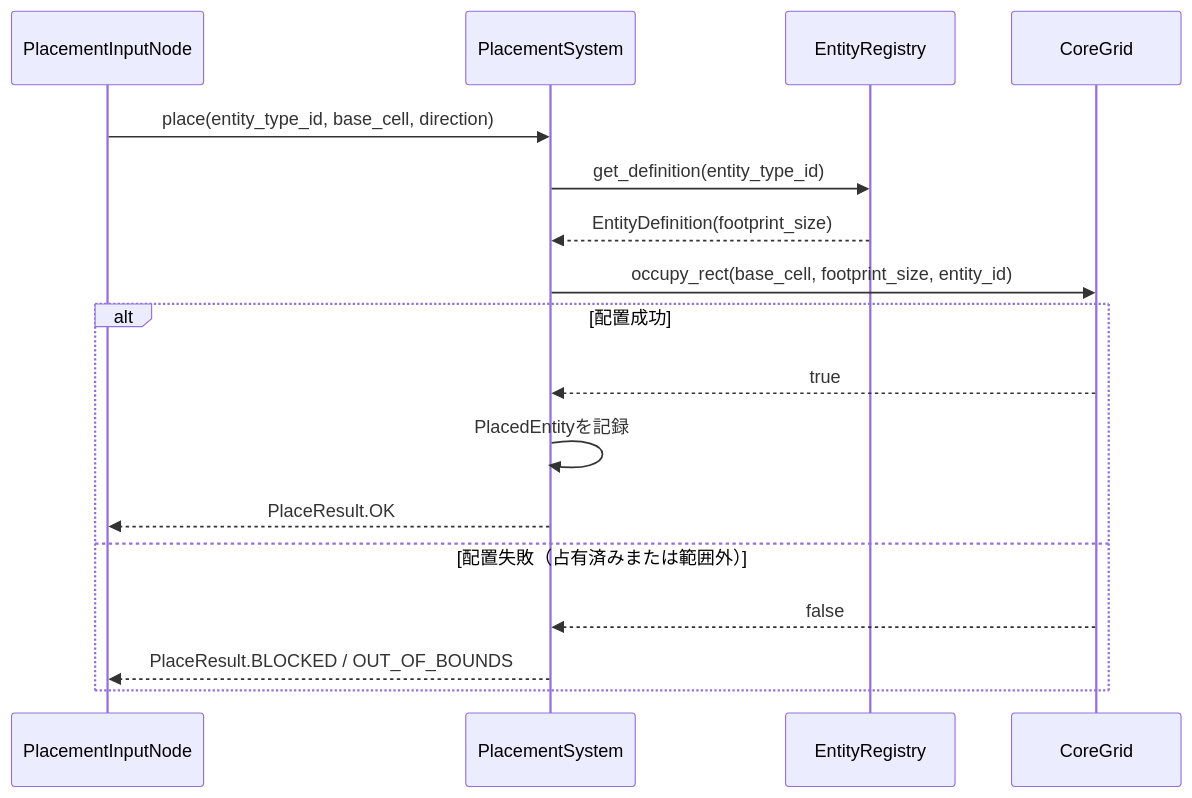
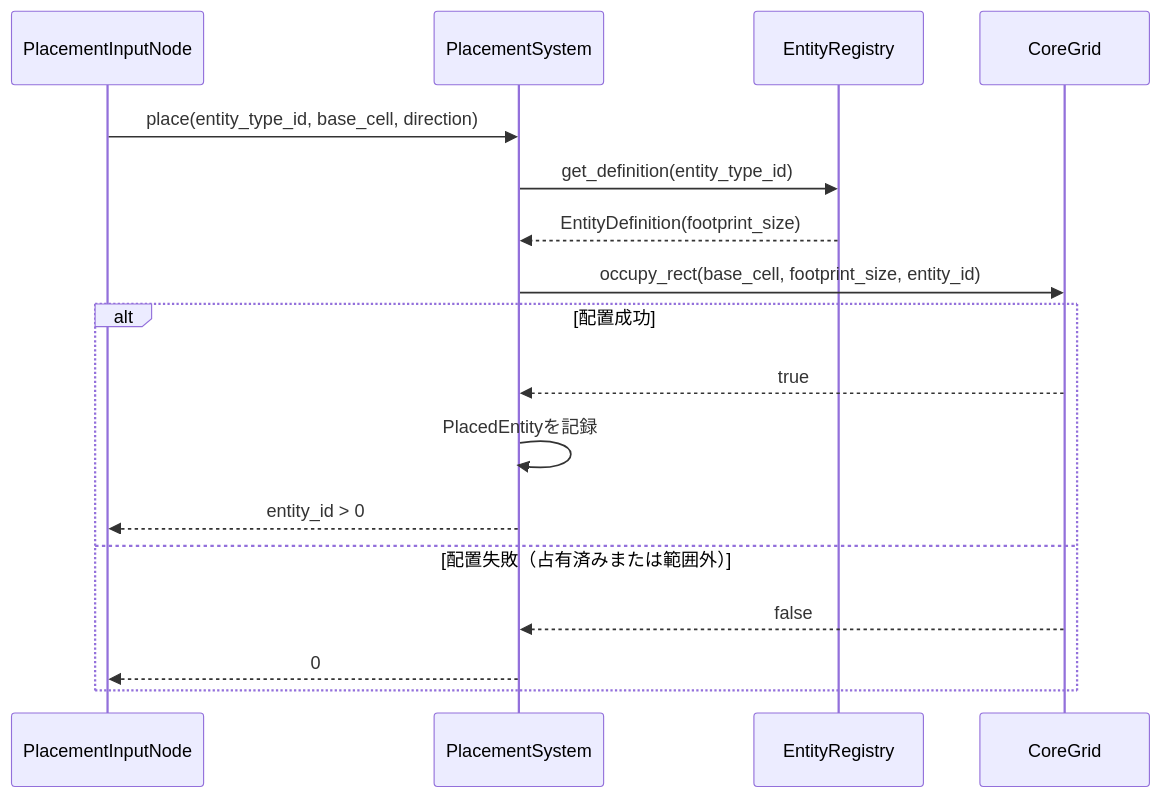
The second of 4 diagrams in .kiro/specs/entity-placement/design.md (karin0624/mad-efficiency-factory), drawn with Mermaid before and after one commit. The commit also changed other lines of this file and 13 other files, not shown here.

````diff
--- a/.kiro/specs/entity-placement/design.md
+++ b/.kiro/specs/entity-placement/design.md
@@ -87,20 +89,20 @@
 ```mermaid
 sequenceDiagram
     participant Input as PlacementInputNode
     participant PS as PlacementSystem
     participant ER as EntityRegistry
     participant CG as CoreGrid
 
     Input->>PS: place(entity_type_id, base_cell, direction)
     PS->>ER: get_definition(entity_type_id)
     ER-->>PS: EntityDefinition(footprint_size)
     PS->>CG: occupy_rect(base_cell, footprint_size, entity_id)
     alt 配置成功
         CG-->>PS: true
         PS->>PS: PlacedEntityを記録
-        PS-->>Input: PlaceResult.OK
+        PS-->>Input: entity_id > 0
     else 配置失敗（占有済みまたは範囲外）
         CG-->>PS: false
-        PS-->>Input: PlaceResult.BLOCKED / OUT_OF_BOUNDS
+        PS-->>Input: 0
     end
 ```
````
